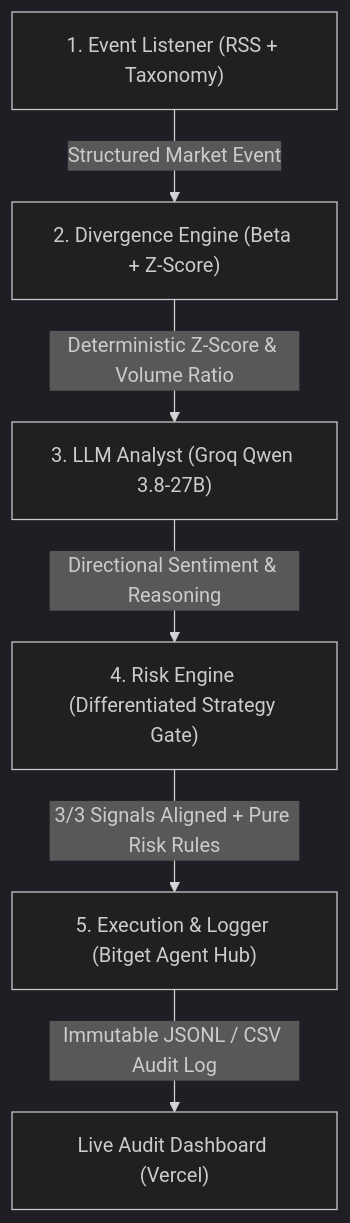
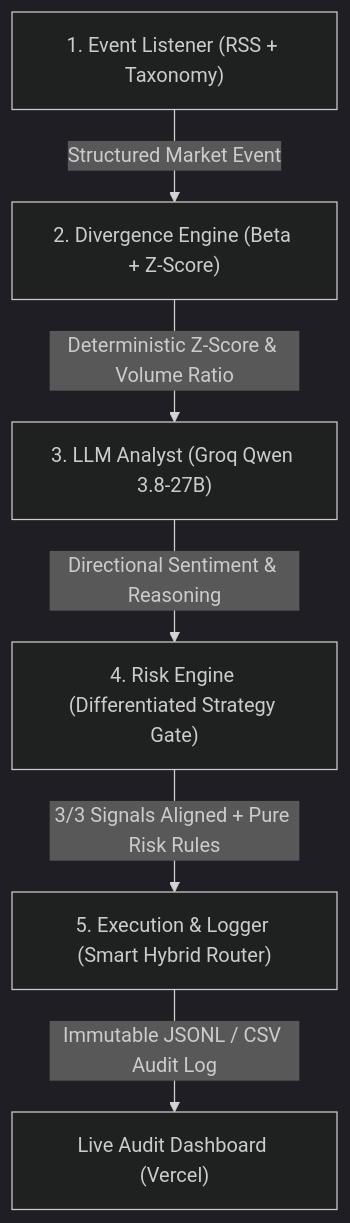
Before and after one commit to 0xSheriff/afterhours-sentinel: the diagram in README.md, drawn with Mermaid (dark theme). The commit also changed other lines of this file, not shown here.

Commit message:
docs: update README with Smart Hybrid Router, volume fallback, and 147h+ monitoring telemetry

````diff
--- a/README.md
+++ b/README.md
@@ -32,8 +32,8 @@
 ```mermaid
 graph TD
     A["1. Event Listener (RSS + Taxonomy)"] -->|Structured Market Event| B["2. Divergence Engine (Beta + Z-Score)"]
     B -->|Deterministic Z-Score & Volume Ratio| C["3. LLM Analyst (Groq Qwen 3.8-27B)"]
     C -->|Directional Sentiment & Reasoning| D["4. Risk Engine (Differentiated Strategy Gate)"]
-    D -->|3/3 Signals Aligned + Pure Risk Rules| E["5. Execution & Logger (Bitget Agent Hub)"]
+    D -->|3/3 Signals Aligned + Pure Risk Rules| E["5. Execution & Logger (Smart Hybrid Router)"]
     E -->|Immutable JSONL / CSV Audit Log| F["Live Audit Dashboard (Vercel)"]
 ```
````
